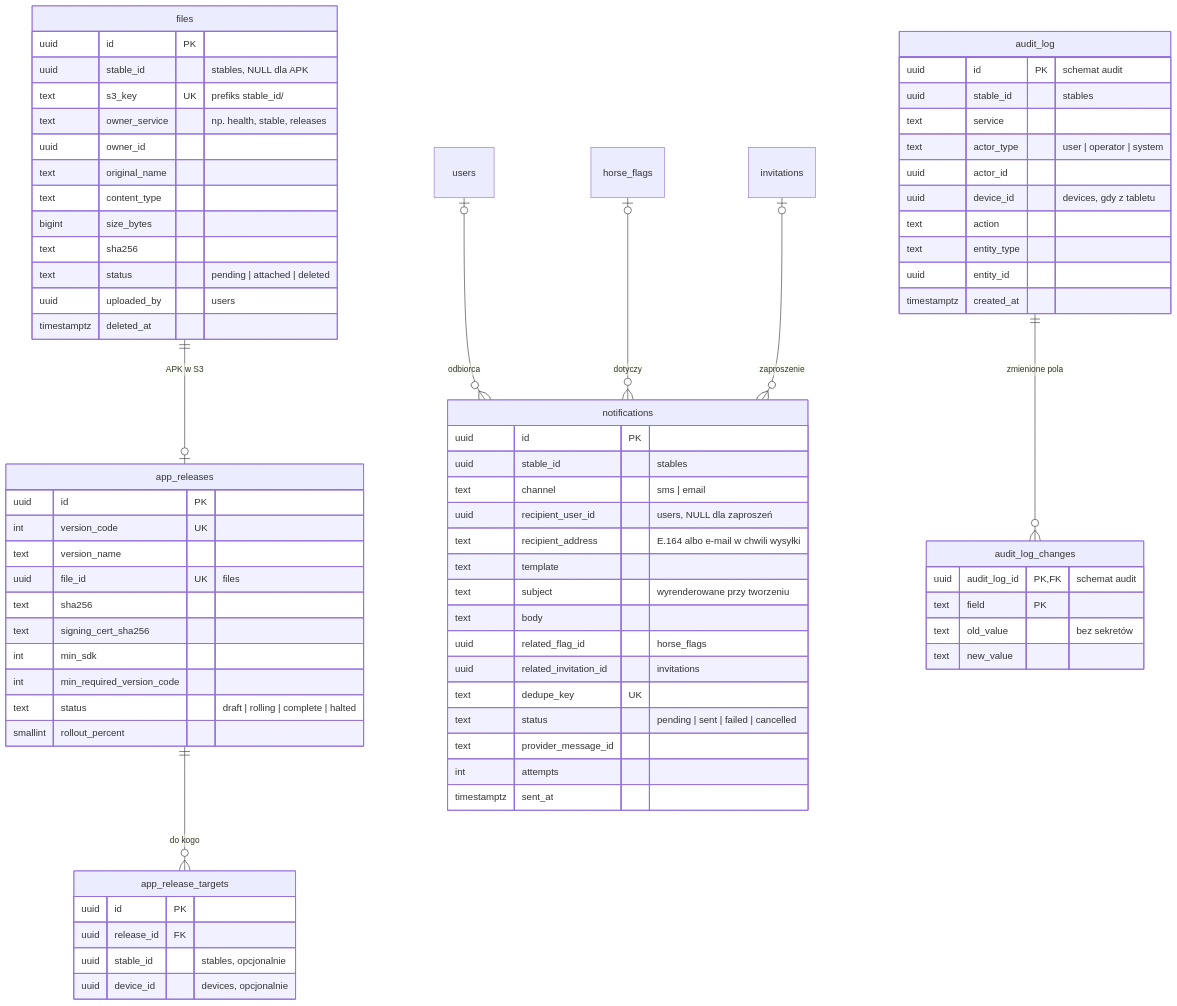
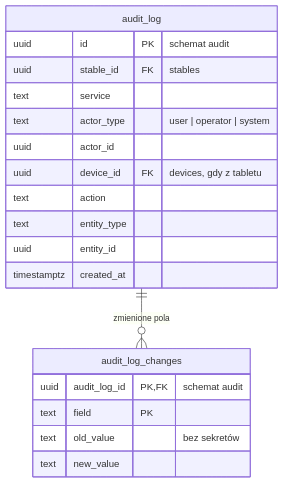
One commit to ClewlerStudent/KonskaAppka changed the second of 2 diagrams in docs/erd.md. Above: the diagram before and after it, drawn with Mermaid. The commit also changed other lines of this file and 9 other files, not shown here.

First line of the commit message:
ERD: jeden diagram całej aplikacji (schemat app) i osobny audit

````diff
--- a/docs/erd.md
+++ b/docs/erd.md
@@ -711,79 +841,22 @@
 ```mermaid
 erDiagram
-    files {
-        uuid id PK
-        uuid stable_id "stables, NULL dla APK"
-        text s3_key UK "prefiks stable_id/"
-        text owner_service "np. health, stable, releases"
-        uuid owner_id
-        text original_name
-        text content_type
-        bigint size_bytes
-        text sha256
-        text status "pending | attached | deleted"
-        uuid uploaded_by "users"
-        timestamptz deleted_at
-    }
-    app_releases {
-        uuid id PK
-        int version_code UK
-        text version_name
-        uuid file_id UK "files"
-        text sha256
-        text signing_cert_sha256
-        int min_sdk
-        int min_required_version_code
-        text status "draft | rolling | complete | halted"
-        smallint rollout_percent
-    }
-    app_release_targets {
-        uuid id PK
-        uuid release_id FK
-        uuid stable_id "stables, opcjonalnie"
-        uuid device_id "devices, opcjonalnie"
-    }
-    notifications {
-        uuid id PK
-        uuid stable_id "stables"
-        text channel "sms | email"
-        uuid recipient_user_id "users, NULL dla zaproszeń"
-        text recipient_address "E.164 albo e-mail w chwili wysyłki"
-        text template
-        text subject "wyrenderowane przy tworzeniu"
-        text body
-        uuid related_flag_id "horse_flags"
-        uuid related_invitation_id "invitations"
-        text dedupe_key UK
-        text status "pending | sent | failed | cancelled"
-        text provider_message_id
-        int attempts
-        timestamptz sent_at
-    }
     audit_log {
         uuid id PK "schemat audit"
-        uuid stable_id "stables"
+        uuid stable_id FK "stables"
         text service
         text actor_type "user | operator | system"
         uuid actor_id
-        uuid device_id "devices, gdy z tabletu"
+        uuid device_id FK "devices, gdy z tabletu"
         text action
         text entity_type
         uuid entity_id
         timestamptz created_at
     }
     audit_log_changes {
         uuid audit_log_id PK, FK "schemat audit"
         text field PK
         text old_value "bez sekretów"
         text new_value
     }
-    users
-    horse_flags
-    invitations
-    files ||--o| app_releases : "APK w S3"
-    app_releases ||--o{ app_release_targets : "do kogo"
     audit_log ||--o{ audit_log_changes : "zmienione pola"
-    users |o--o{ notifications : "odbiorca"
-    horse_flags |o--o{ notifications : "dotyczy"
-    invitations |o--o{ notifications : "zaproszenie"
 ```
````
